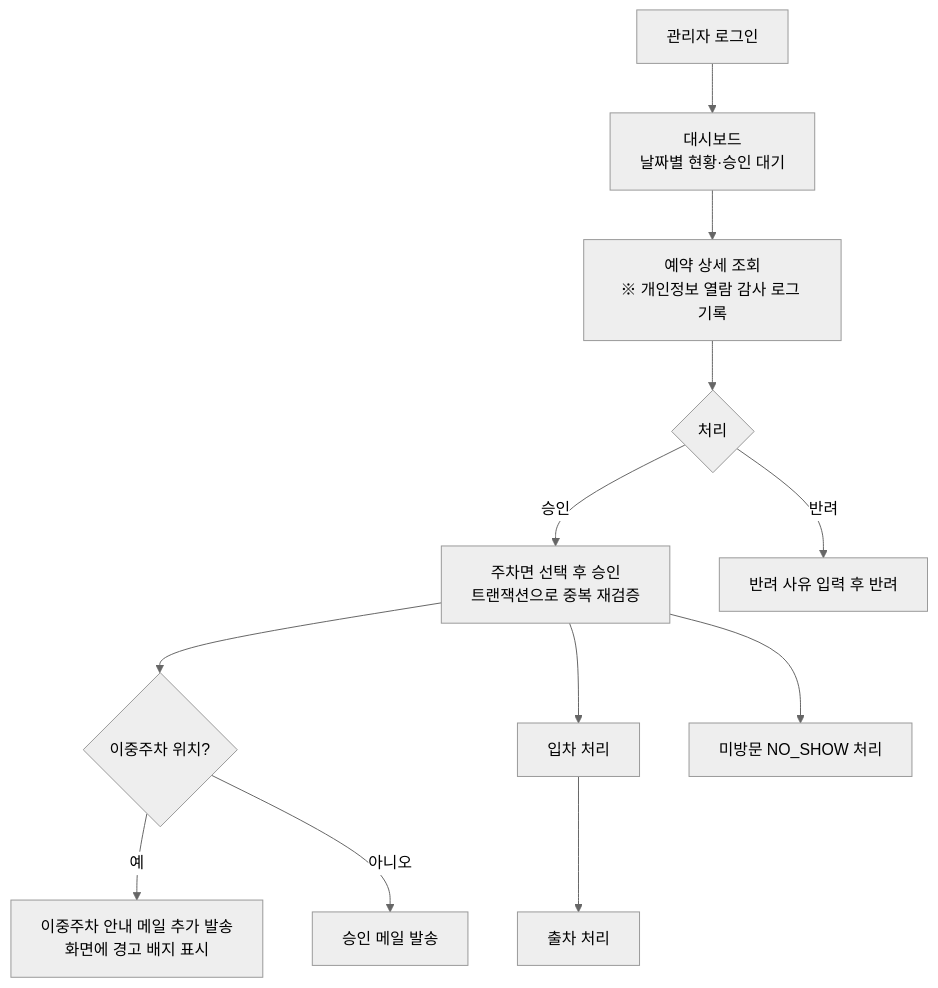
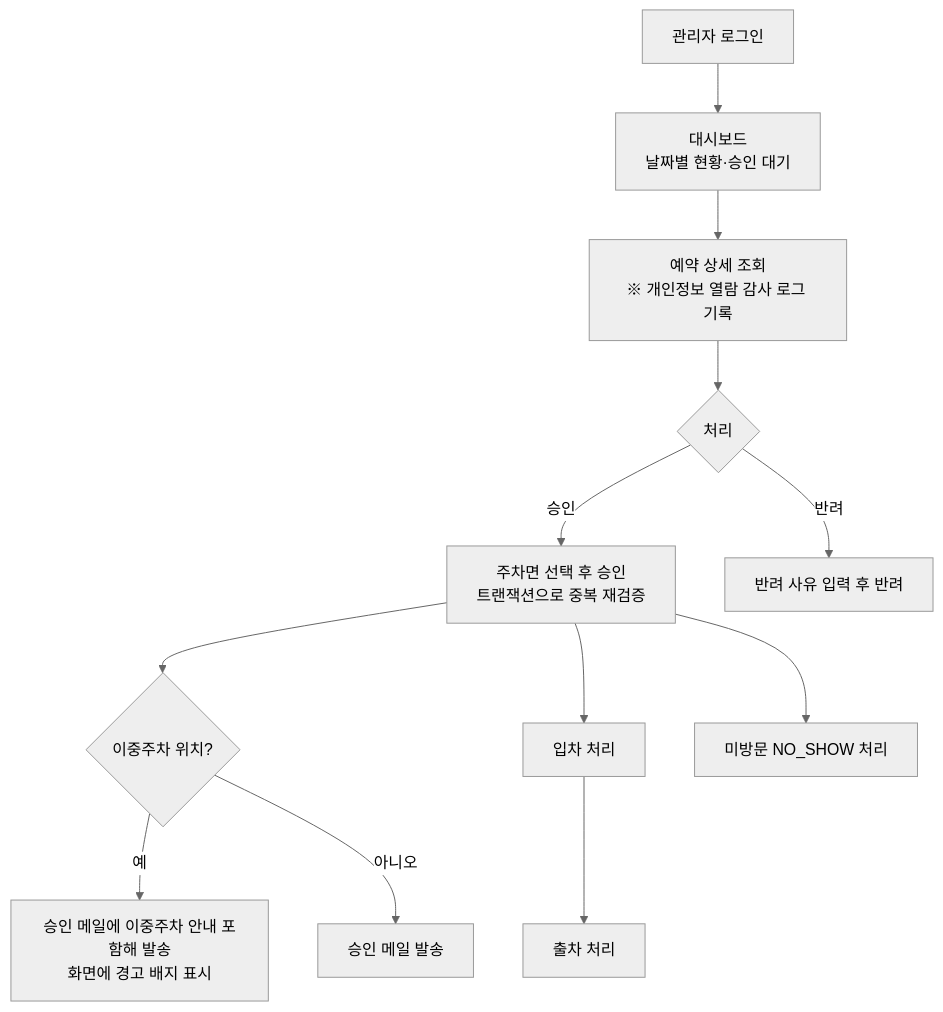
One commit to leejyeone/ParkingSystem changed the fourth of 5 diagrams in README.md. Above: the diagram before and after it, drawn with Mermaid (neutral theme). The commit also changed other lines of this file and 15 other files, not shown here.

````diff
--- a/README.md
+++ b/README.md
@@ -226,14 +226,14 @@
 ```mermaid
 flowchart TD
     A[관리자 로그인] --> B[대시보드<br/>날짜별 현황·승인 대기]
     B --> C[예약 상세 조회<br/>※ 개인정보 열람 감사 로그 기록]
     C --> D{처리}
     D -->|승인| E[주차면 선택 후 승인<br/>트랜잭션으로 중복 재검증]
     D -->|반려| F[반려 사유 입력 후 반려]
     E --> G{이중주차 위치?}
-    G -->|예| H[이중주차 안내 메일 추가 발송<br/>화면에 경고 배지 표시]
+    G -->|예| H[승인 메일에 이중주차 안내 포함해 발송<br/>화면에 경고 배지 표시]
     G -->|아니오| I[승인 메일 발송]
     E --> J[입차 처리]
     J --> K[출차 처리]
     E --> L[미방문 NO_SHOW 처리]
 ```
````
